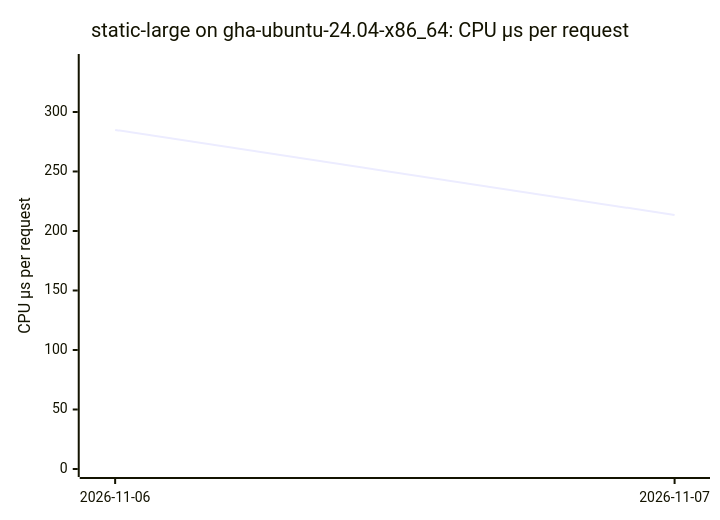
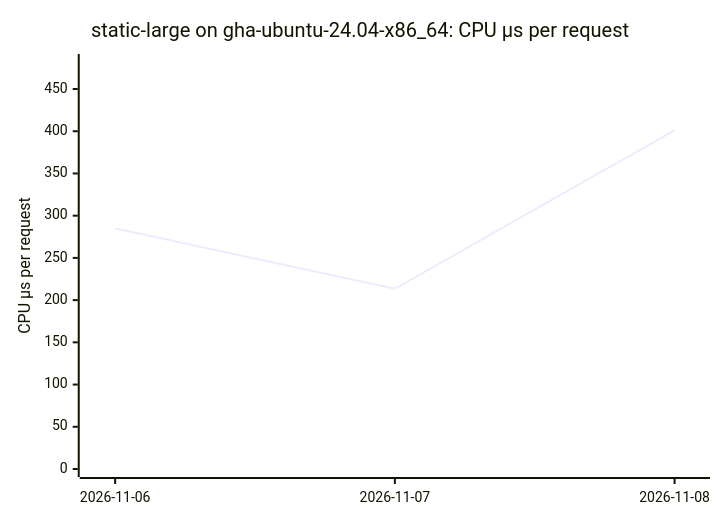
Before and after one commit to ThePixelPilgrim/durchlauferhitzer: the second of 16 diagrams in BENCHMARKS.md, drawn with Mermaid. The commit also changed other lines of this file and 1 other file, not shown here.

````diff
--- a/BENCHMARKS.md
+++ b/BENCHMARKS.md
@@ -35,7 +35,7 @@
 ```mermaid
 xychart-beta
   title "static-large on gha-ubuntu-24.04-x86_64: CPU µs per request"
-  x-axis ["2026-11-06", "2026-11-07"]
-  y-axis "CPU µs per request" 0 --> 342
-  line [284.94, 213.45]
+  x-axis ["2026-11-06", "2026-11-07", "2026-11-08"]
+  y-axis "CPU µs per request" 0 --> 482
+  line [284.94, 213.45, 401.07]
 ```
````
